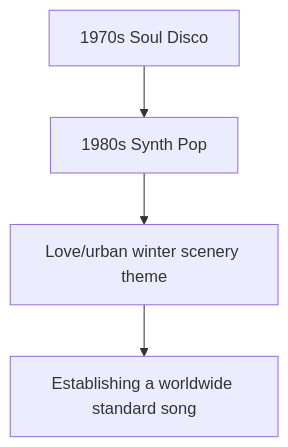
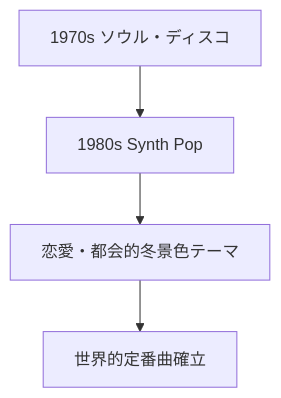
The fourth of 6 diagrams in en/_posts/2025-11-16-column-christmas-songs-history.md (monumental-movement/monumental-movement.github.io), drawn with Mermaid before and after one commit. The commit also changed other lines of this file and 2196 other files, not shown here.

```diff
--- a/en/_posts/2025-11-16-column-christmas-songs-history.md
+++ b/en/_posts/2025-11-16-column-christmas-songs-history.md
@@ -148,6 +148,6 @@
 <div class="mermaid">
 flowchart TD
-    A["1970s Soul Disco"] --> B["1980s Synth Pop"]
-    B --> C["Love/urban winter scenery theme"]
-    C --> D["Establishing a worldwide standard song"]
+    A["1970s ソウル・ディスコ"] --> B["1980s Synth Pop"]
+    B --> C["恋愛・都会的冬景色テーマ"]
+    C --> D["世界的定番曲確立"]
 </div>
```
